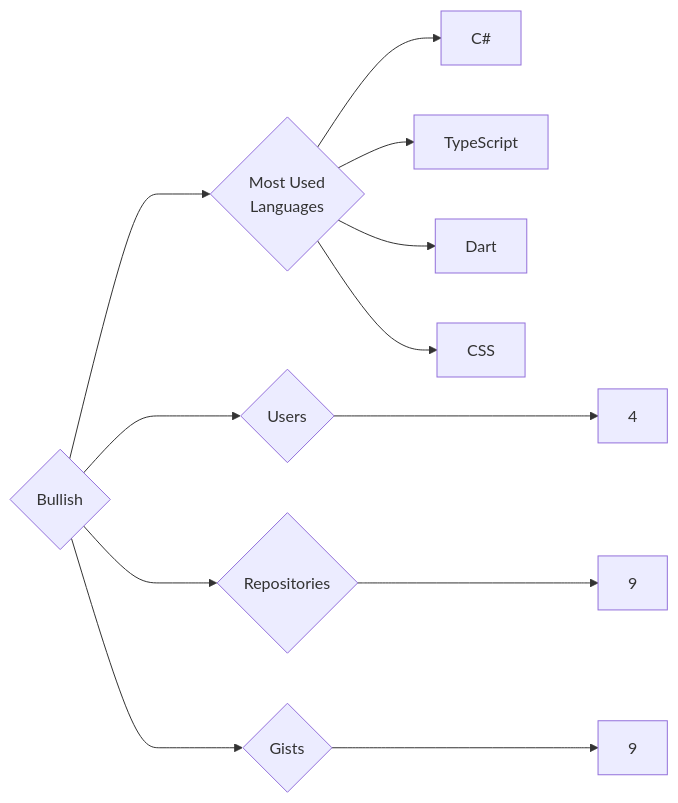
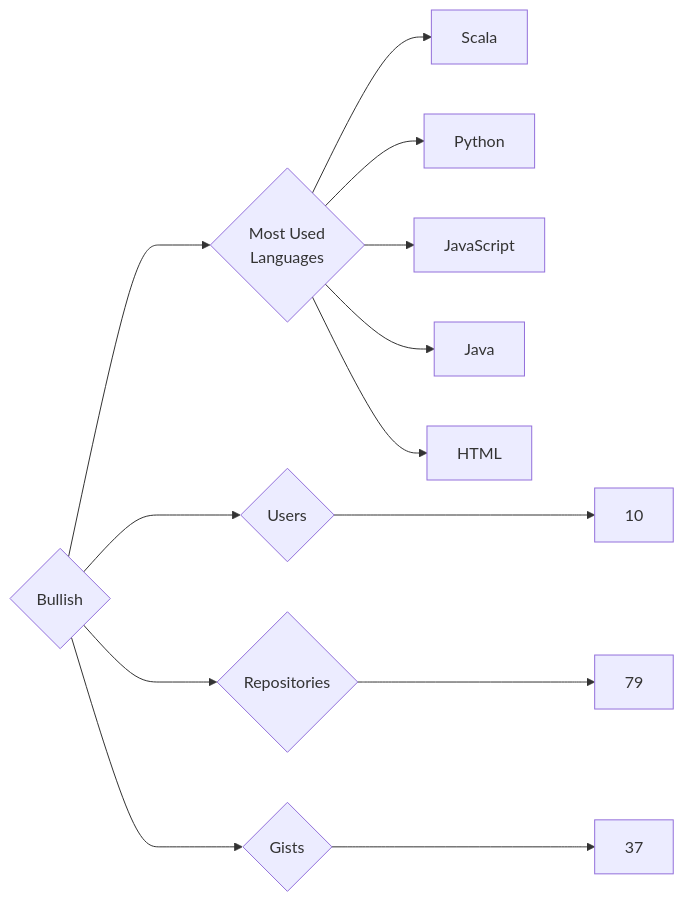
The diagram in targets/Bullish/README.md (trickest/insiders), drawn with Mermaid before and after one commit. The commit also changed 1167 other files, not shown here.

````diff
--- a/targets/Bullish/README.md
+++ b/targets/Bullish/README.md
@@ -3,12 +3,13 @@
 ```mermaid
 graph LR
 COMPANY_NAME{Bullish}
-COMPANY_NAME ---> U{Users} ---> UN[4]
-COMPANY_NAME ---> R{Repositories} ---> RN[9]
-COMPANY_NAME ---> G{Gists} ---> GN[9]
+COMPANY_NAME ---> U{Users} ---> UN[10]
+COMPANY_NAME ---> R{Repositories} ---> RN[79]
+COMPANY_NAME ---> G{Gists} ---> GN[37]
 COMPANY_NAME ---> ML{Most Used<br>Languages}
-ML --> C#[C#]
-ML --> TypeScript[TypeScript]
-ML --> Dart[Dart]
-ML --> CSS[CSS]
+ML --> Scala[Scala]
+ML --> Python[Python]
+ML --> JavaScript[JavaScript]
+ML --> Java[Java]
+ML --> HTML[HTML]
 ```
````
